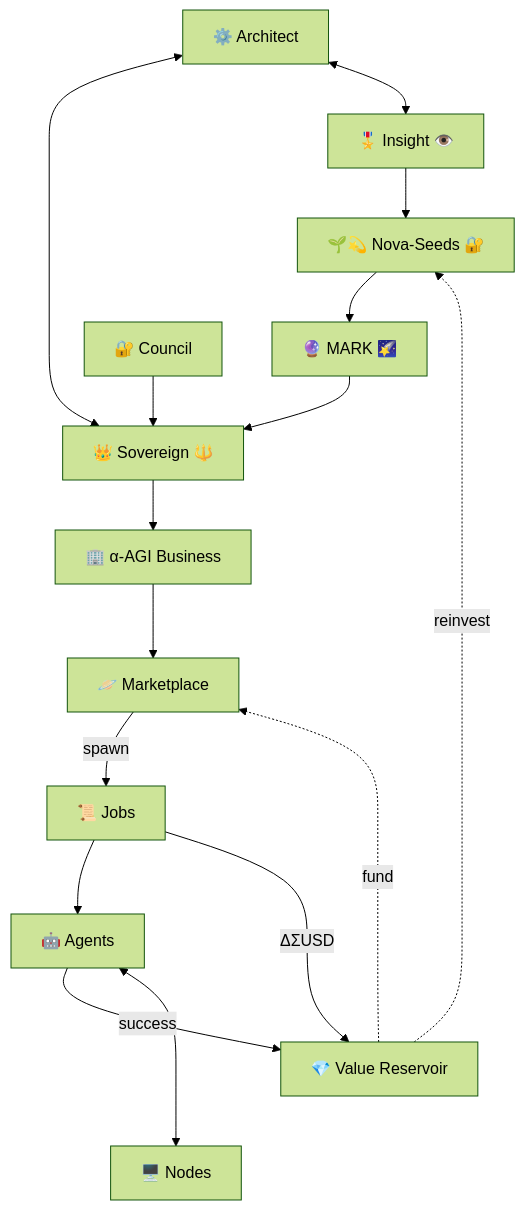
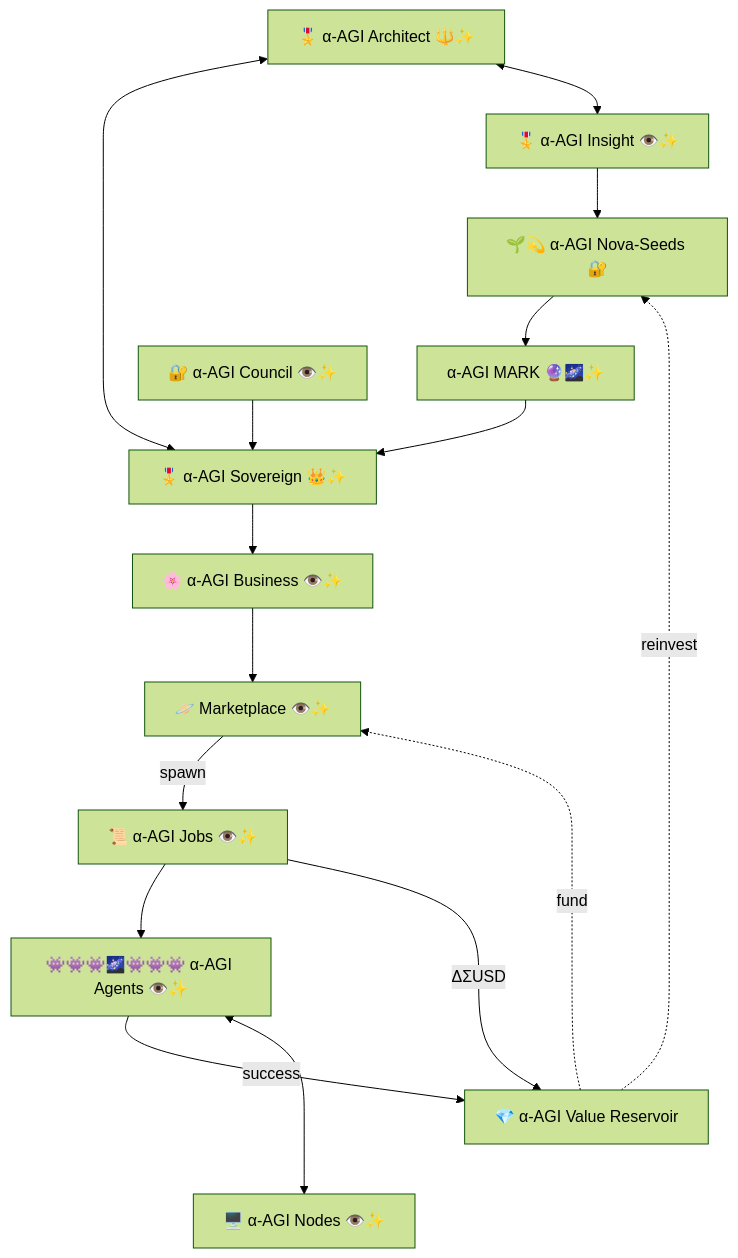
One commit to vishalbelsare/AGI-Alpha-Agent-v0 changed the first of 13 diagrams in alpha_factory_v1/demos/alpha_agi_insight_v1/mermaid.md. Above: the diagram before and after it, drawn with Mermaid (forest theme).

````diff
--- a/alpha_factory_v1/demos/alpha_agi_insight_v1/mermaid.md
+++ b/alpha_factory_v1/demos/alpha_agi_insight_v1/mermaid.md
@@ -1,27 +1,27 @@
 ```mermaid
 flowchart TD
-    Insight["🎖️ Insight 👁️"]
-    Seeds["🌱💫 Nova-Seeds 🔐"]
-    Mark["🔮 MARK 🌠"]
-    Sovereign["👑 Sovereign 🔱"]
-    Biz["🏢 α-AGI Business"]
-    Market["🪐 Marketplace"]
-    Jobs["📜 Jobs"]
-    Agents["🤖 Agents"]
-    Reservoir["💎 Value Reservoir"]
-    Architect["⚙️ Architect"]
-    Council["🔐 Council"]
-    Nodes["🖥️ Nodes"]
+    Insight["🎖️ α‑AGI Insight 👁️✨"]
+    Seeds["🌱💫 α-AGI Nova-Seeds 🔐"]
+    Mark["α-AGI MARK 🔮🌌✨"]
+    Sovereign["🎖️ α‑AGI Sovereign 👑✨"]
+    Biz["🌸 α‑AGI Business 👁️✨"]
+    Market["🪐 Marketplace 👁️✨"]
+    Jobs["📜 α‑AGI Jobs 👁️✨"]
+    Agents["👾👾👾🌌👾👾👾 α‑AGI Agents 👁️✨"]
+    Reservoir["💎 α‑AGI Value Reservoir"]
+    Architect["🎖️ α‑AGI Architect 🔱✨"]
+    Council["🔐 α‑AGI Council 👁️✨"]
+    Nodes["🖥️ α‑AGI Nodes 👁️✨"]
 
     Insight --> Seeds --> Mark --> Sovereign
     Sovereign --> Biz --> Market
     Market -->|spawn| Jobs --> Agents
     Agents -- success --> Reservoir
     Jobs -- ΔΣUSD --> Reservoir
     Reservoir -. reinvest .-> Seeds
     Reservoir -. fund .-> Market
     Agents <---> Nodes
     Architect <--> Sovereign
     Architect <--> Insight
     Council --> Sovereign
 ```
````
